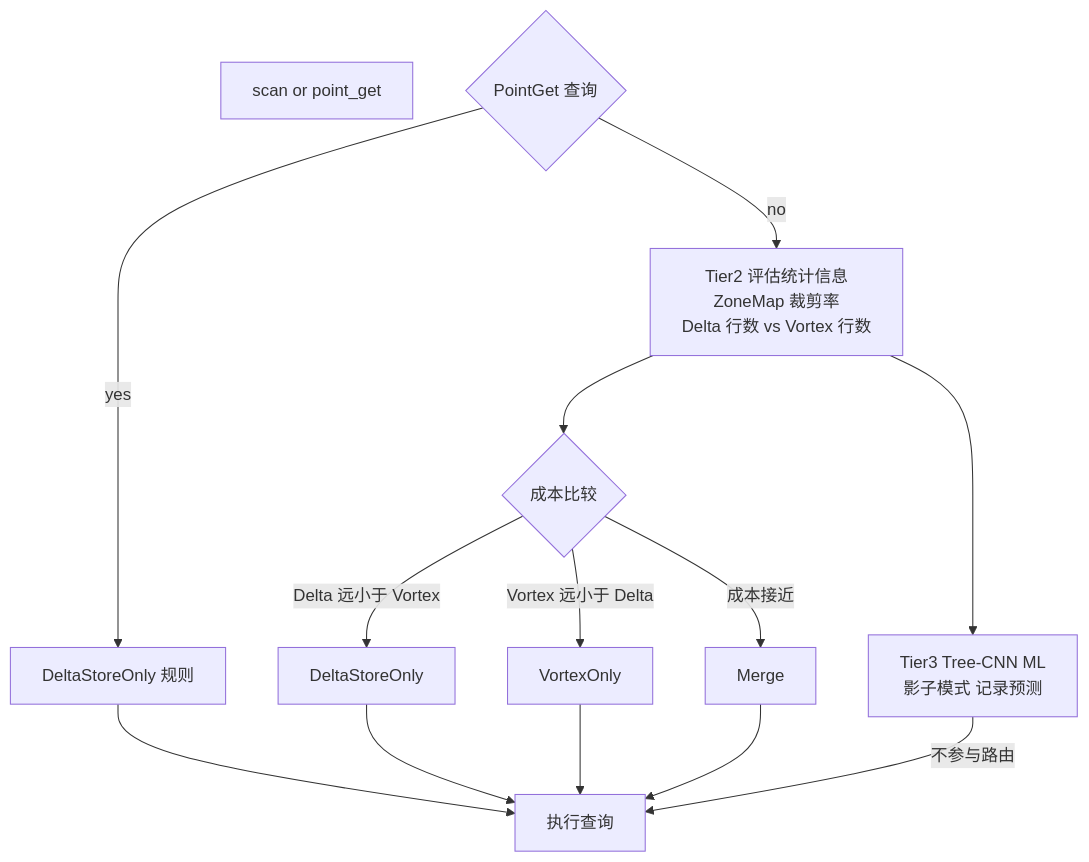
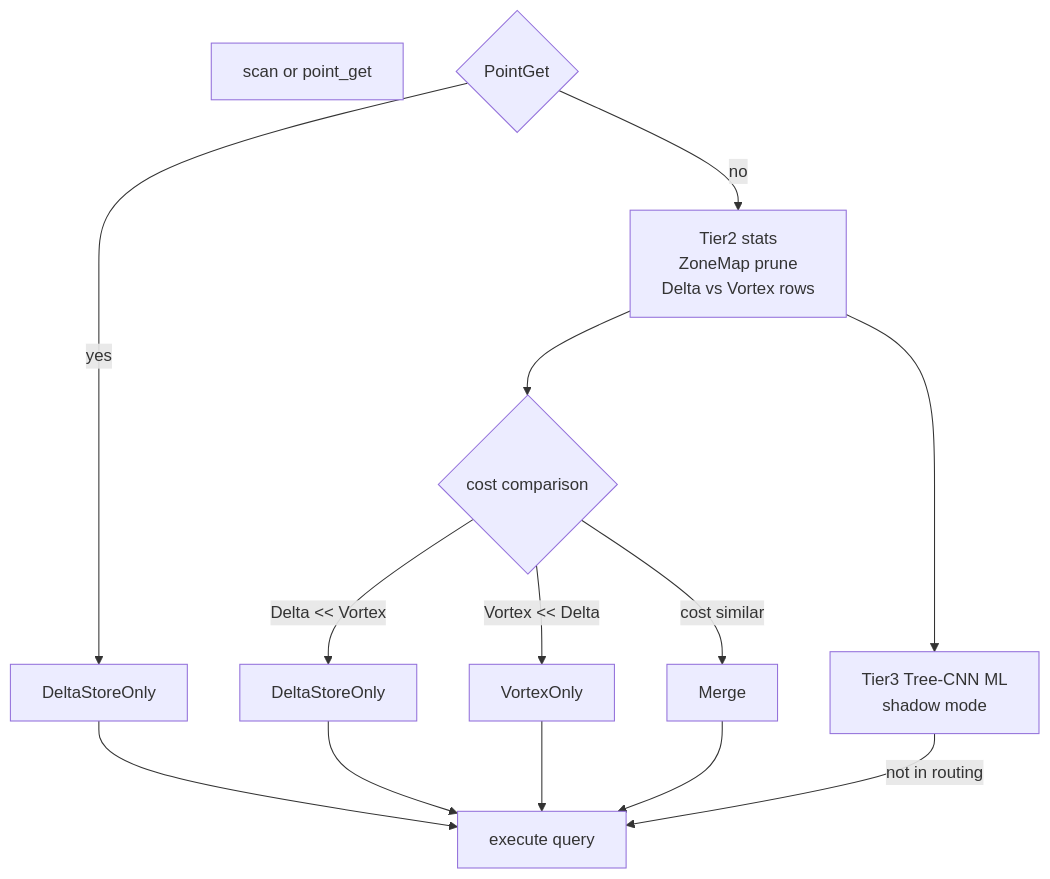
Diagram 25 of 38 in README.md (qianzii2/rockduck), drawn with Mermaid before and after one commit. The commit also changed other lines of this file, not shown here.

````diff
--- a/README.md
+++ b/README.md
@@ -608,17 +609,17 @@
 ```mermaid
 flowchart TD
     START["scan or point_get"]
-    T1{"PointGet 查询"}
-    T1 -->|yes| R1["DeltaStoreOnly 规则"]
-    T1 -->|no| T2["Tier2 评估统计信息<br/>ZoneMap 裁剪率<br/>Delta 行数 vs Vortex 行数"]
-    T2 --> DECIDE2{"成本比较"}
-    DECIDE2 -->|Delta 远小于 Vortex| R2A["DeltaStoreOnly"]
-    DECIDE2 -->|Vortex 远小于 Delta| R2B["VortexOnly"]
-    DECIDE2 -->|成本接近| R2C["Merge"]
-    R1 --> END["执行查询"]
+    T1{"PointGet"}
+    T1 -->|yes| R1["DeltaStoreOnly"]
+    T1 -->|no| T2["Tier2 stats<br/>ZoneMap prune<br/>Delta vs Vortex rows"]
+    T2 --> DECIDE2{"cost comparison"}
+    DECIDE2 -->|"Delta << Vortex"| R2A["DeltaStoreOnly"]
+    DECIDE2 -->|"Vortex << Delta"| R2B["VortexOnly"]
+    DECIDE2 -->|"cost similar"| R2C["Merge"]
+    R1 --> END["execute query"]
     R2A --> END
     R2B --> END
     R2C --> END
-    T2 --> T3["Tier3 Tree-CNN ML<br/>影子模式 记录预测"]
-    T3 -->|"不参与路由"| END
+    T2 --> T3["Tier3 Tree-CNN ML<br/>shadow mode"]
+    T3 -->|"not in routing"| END
 ```
````
